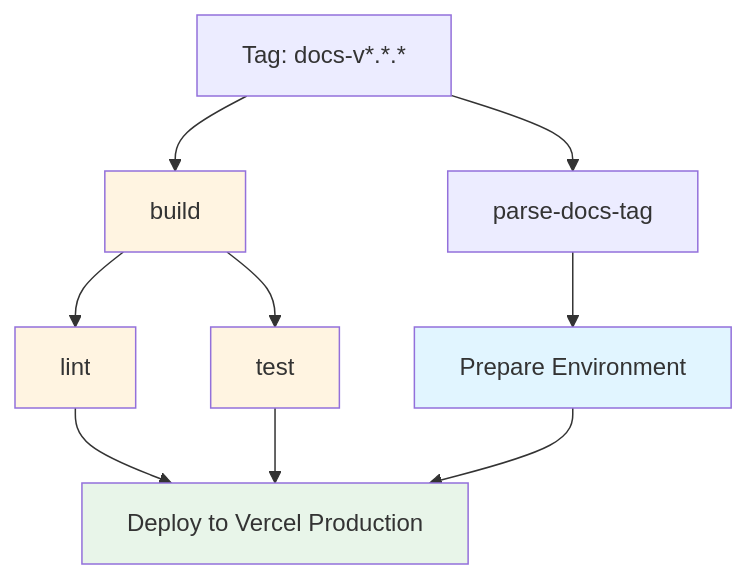
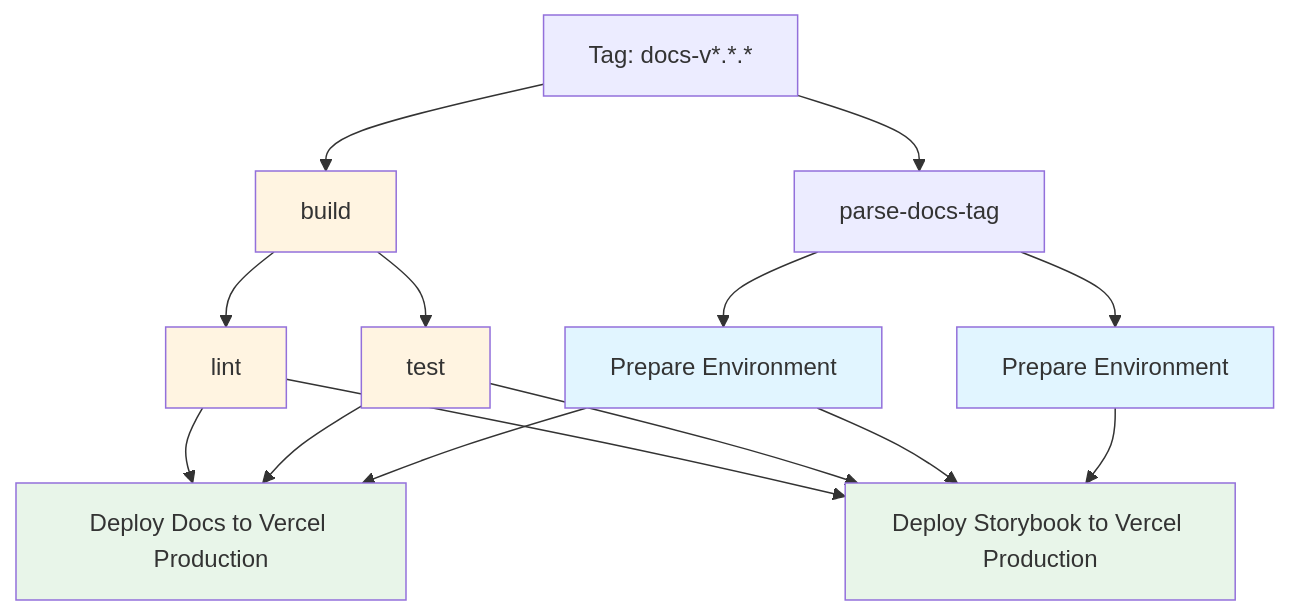
One commit to o2sdev/openselfservice changed the second of 4 diagrams in .github/CI_CD_README.md. Above: the diagram before and after it, drawn with Mermaid. The commit also changed other lines of this file and 2 other files, not shown here.

First line of the commit message:
feat: add Storybook change detection and deployment logic to workflows

````diff
--- a/.github/CI_CD_README.md
+++ b/.github/CI_CD_README.md
@@ -34,17 +44,25 @@
 ```mermaid
 graph TD
     A[Tag: docs-v*.*.*] --> B[parse-docs-tag]
     A --> C[build]
     C --> D[lint]
     C --> E[test]
     B --> F[Prepare Environment]
-    D --> G[Deploy to Vercel Production]
+    D --> G[Deploy Docs to Vercel Production]
     E --> G
     F --> G
+    
+    B --> H[Prepare Environment]
+    D --> I[Deploy Storybook to Vercel Production]
+    E --> I
+    F --> I
+    H --> I
 
     style C fill:#fff4e1
     style D fill:#fff4e1
     style E fill:#fff4e1
     style F fill:#e1f5ff
+    style H fill:#e1f5ff
     style G fill:#e8f5e9
+    style I fill:#e8f5e9
 ```
````
